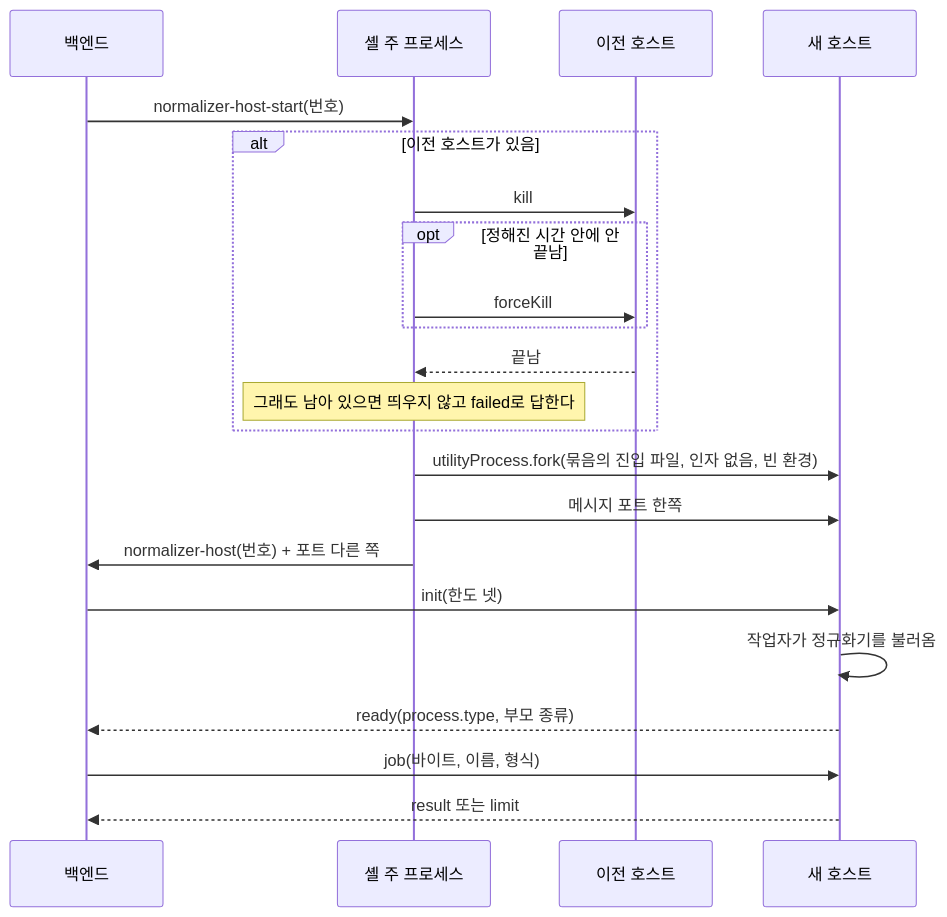
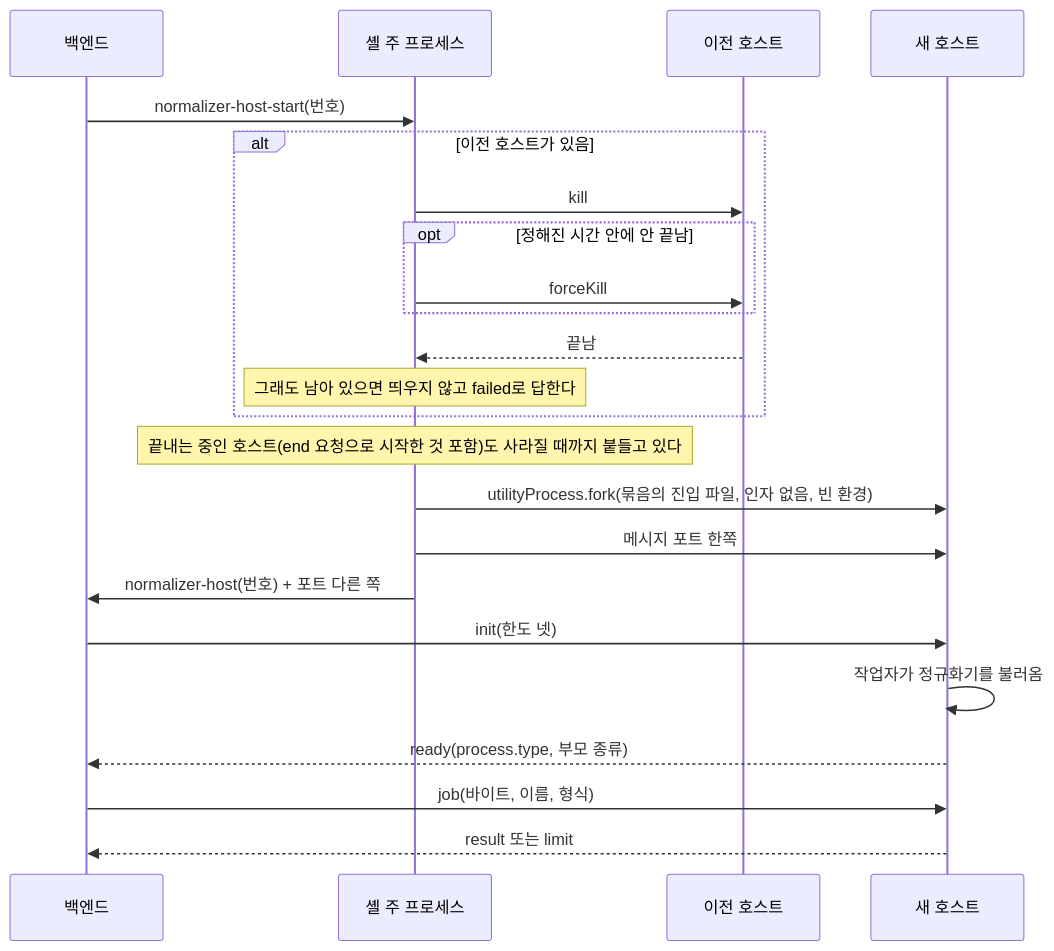
The first of 6 diagrams in docs/specs/2026-11-22-I02-local-file-import.md (nohdol97/PKI), drawn with Mermaid before and after one commit. The commit also changed other lines of this file and 7 other files, not shown here.

First line of the commit message:
fix(PKI): 델타 검토 반영 — 중개가 끝내는 호스트를 exit까지 붙들고, 결과 상한은 작업의 한도에서, 검사 비용을 낮춤 (I02B-T02, #19)

````diff
--- a/docs/specs/2026-11-22-I02-local-file-import.md
+++ b/docs/specs/2026-11-22-I02-local-file-import.md
@@ -473,24 +473,25 @@
 ```mermaid
 sequenceDiagram
   participant BE as 백엔드
   participant SH as 셸 주 프로세스
   participant OLD as 이전 호스트
   participant HO as 새 호스트
   BE->>SH: normalizer-host-start(번호)
   alt 이전 호스트가 있음
     SH->>OLD: kill
     opt 정해진 시간 안에 안 끝남
       SH->>OLD: forceKill
     end
     OLD-->>SH: 끝남
     Note over SH: 그래도 남아 있으면 띄우지 않고 failed로 답한다
   end
+  Note over SH: 끝내는 중인 호스트(end 요청으로 시작한 것 포함)도 사라질 때까지 붙들고 있다
   SH->>HO: utilityProcess.fork(묶음의 진입 파일, 인자 없음, 빈 환경)
   SH->>HO: 메시지 포트 한쪽
   SH->>BE: normalizer-host(번호) + 포트 다른 쪽
   BE->>HO: init(한도 넷)
   HO->>HO: 작업자가 정규화기를 불러옴
   HO-->>BE: ready(process.type, 부모 종류)
   BE->>HO: job(바이트, 이름, 형식)
   HO-->>BE: result 또는 limit
 ```
````
